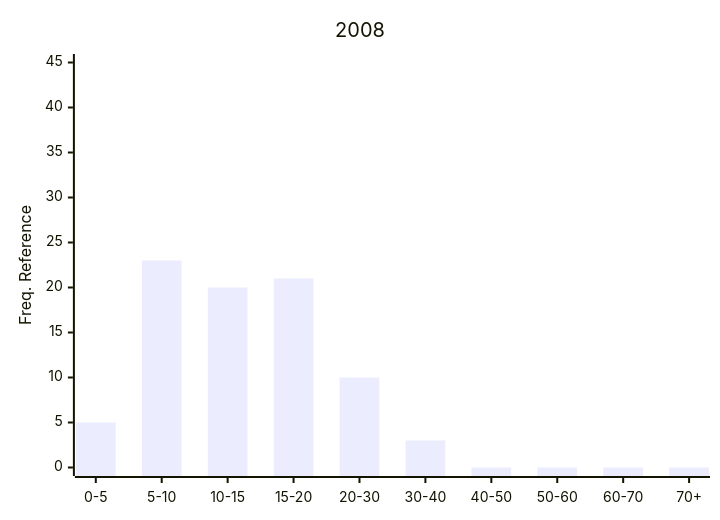
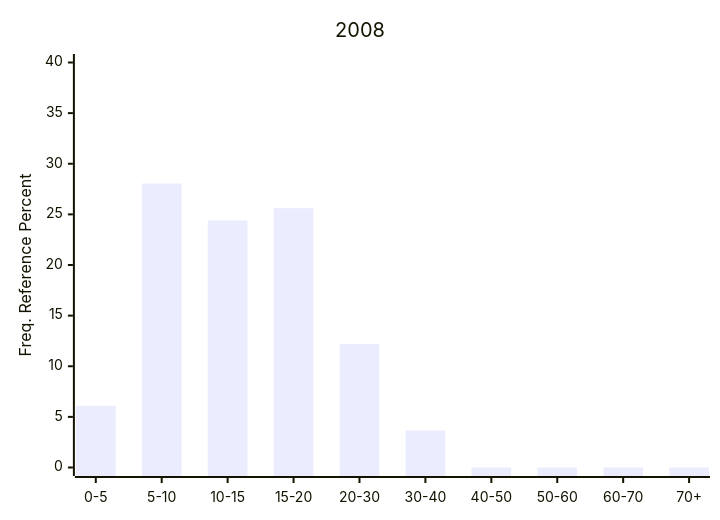
Before and after one commit to Nemus-Project/fair-nime-2026: diagram 11 of 28 in README.md, drawn with Mermaid. The commit also changed other lines of this file, not shown here.

````diff
--- a/README.md
+++ b/README.md
@@ -541,7 +542,7 @@
 ```mermaid
 xychart-beta
     title "2008"
     x-axis ["0-5", "5-10", "10-15", "15-20", "20-30", "30-40", "40-50", "50-60", "60-70", "70+"]
-    y-axis "Freq. Reference" 0 --> 45
-    bar [5, 23, 20, 21, 10, 3, 0, 0, 0, 0]
+    y-axis "Freq. Reference Percent" 0 --> 40
+    bar [6.097560975609756, 28.04878048780488, 24.390243902439025, 25.609756097560975, 12.195121951219512, 3.6585365853658534, 0.0, 0.0, 0.0, 0.0]
 ```    
````
